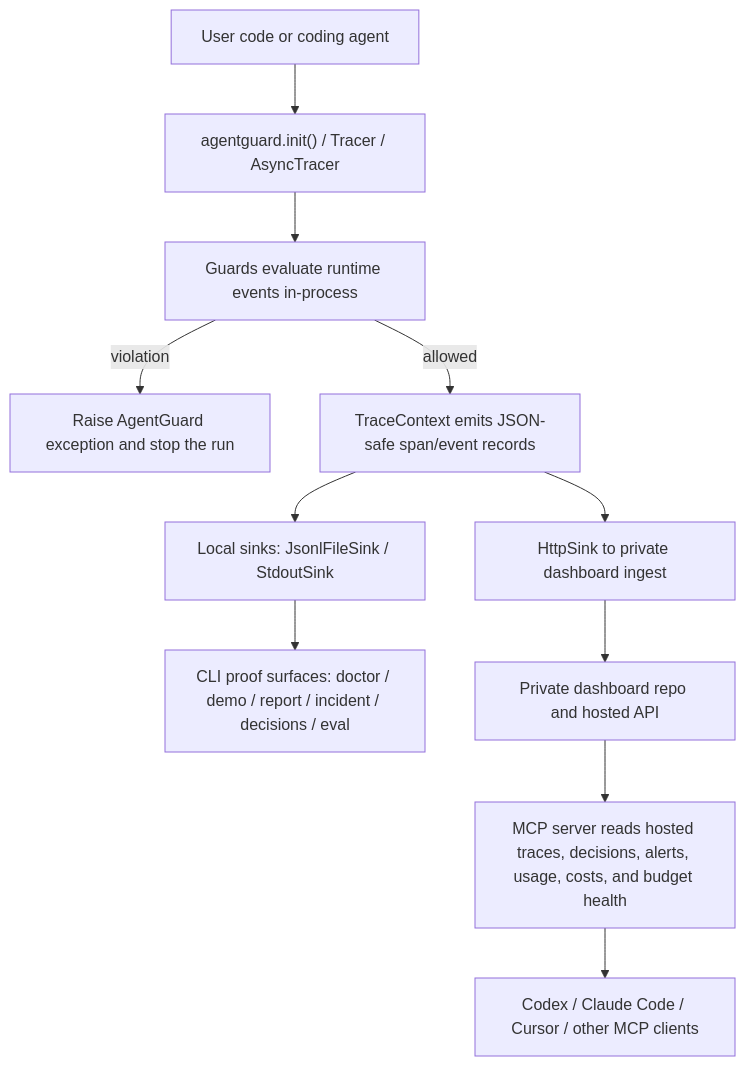
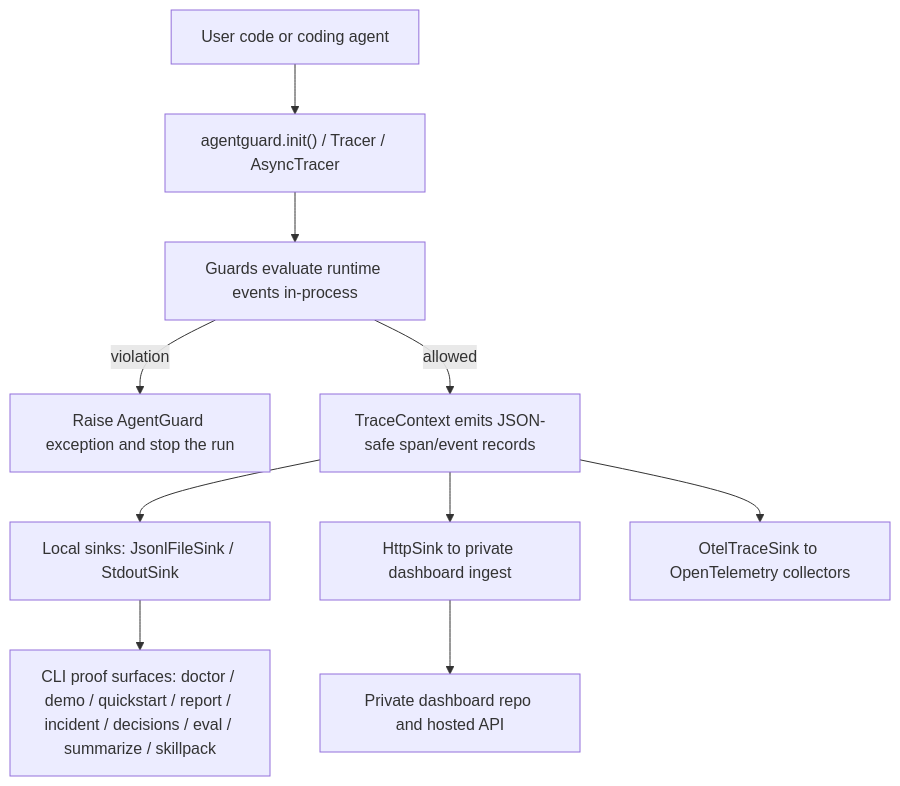
One commit to bmdhodl/agent47 changed the first of 2 diagrams in ARCHITECTURE.md. Above: the diagram before and after it, drawn with Mermaid. The commit also changed other lines of this file, not shown here.

First line of the commit message:
docs: refresh ARCHITECTURE.md to match current repo layout

````diff
--- a/ARCHITECTURE.md
+++ b/ARCHITECTURE.md
@@ -32,13 +48,12 @@
 ```mermaid
 flowchart TD
     U["User code or coding agent"] --> S["agentguard.init() / Tracer / AsyncTracer"]
     S --> G["Guards evaluate runtime events in-process"]
     G -->|violation| X["Raise AgentGuard exception and stop the run"]
     G -->|allowed| T["TraceContext emits JSON-safe span/event records"]
     T --> L["Local sinks: JsonlFileSink / StdoutSink"]
     T --> H["HttpSink to private dashboard ingest"]
-    L --> R["CLI proof surfaces: doctor / demo / report / incident / decisions / eval"]
+    T --> O["OtelTraceSink to OpenTelemetry collectors"]
+    L --> R["CLI proof surfaces: doctor / demo / quickstart / report / incident / decisions / eval / summarize / skillpack"]
     H --> D["Private dashboard repo and hosted API"]
-    D --> M["MCP server reads hosted traces, decisions, alerts, usage, costs, and budget health"]
-    M --> C["Codex / Claude Code / Cursor / other MCP clients"]
 ```
````
